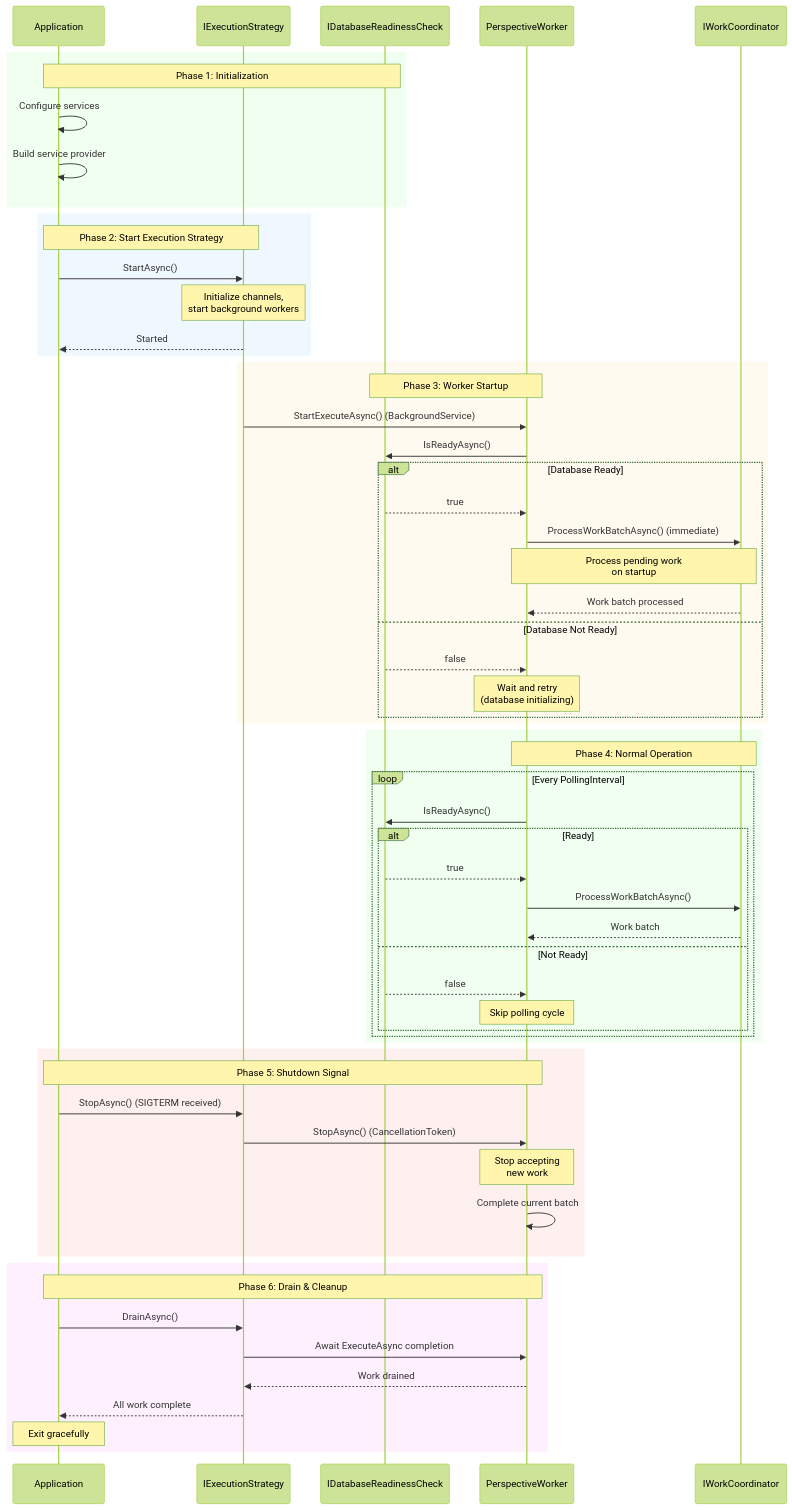
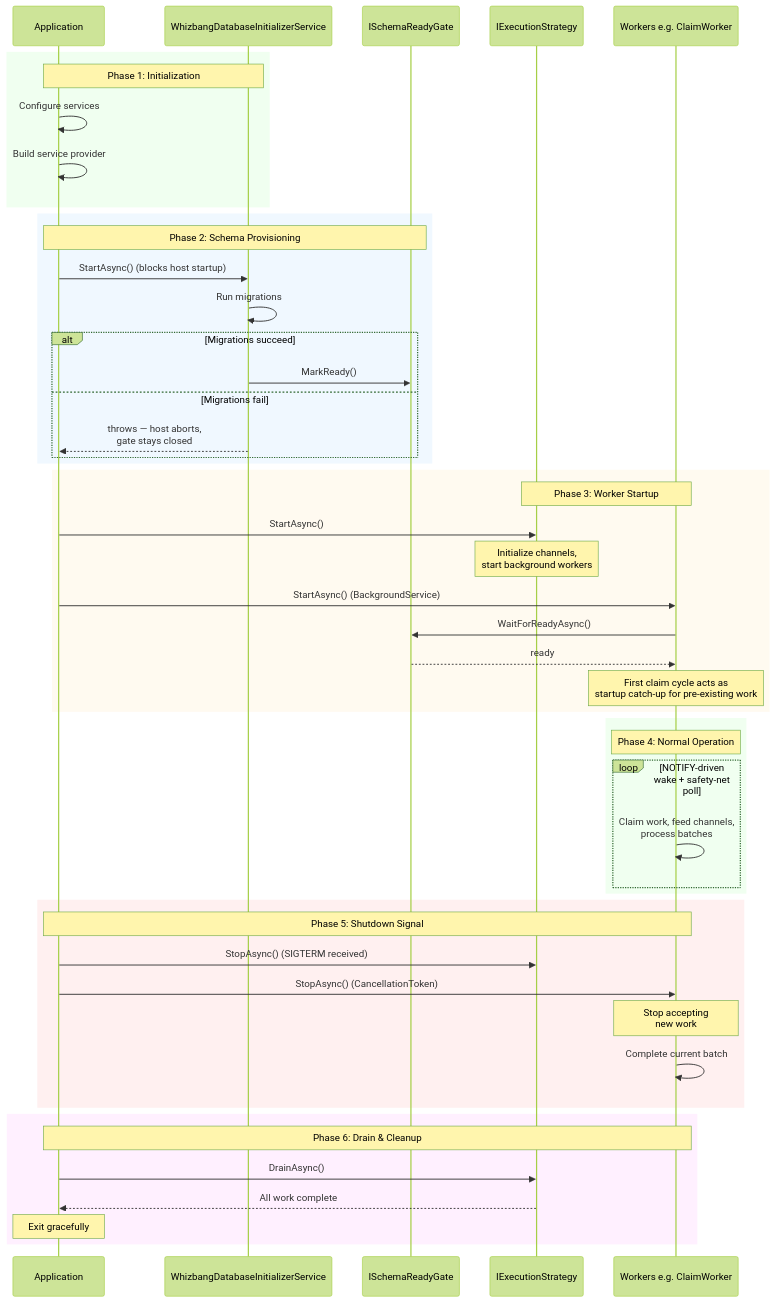
One commit to whizbang-lib/whizbang-lib.github.io changed the diagram in src/assets/docs/v1.0.0/operations/workers/execution-lifecycle.md. Above: the diagram before and after it, drawn with Mermaid (forest theme). The commit also changed other lines of this file and 38 other files, not shown here.

````diff
--- a/src/assets/docs/v1.0.0/operations/workers/execution-lifecycle.md
+++ b/src/assets/docs/v1.0.0/operations/workers/execution-lifecycle.md
@@ -94,69 +98,57 @@
 ```mermaid
 sequenceDiagram
     participant App as Application
+    participant Init as WhizbangDatabaseInitializerService
+    participant Gate as ISchemaReadyGate
     participant ES as IExecutionStrategy
-    participant DRC as IDatabaseReadinessCheck
-    participant PW as PerspectiveWorker
-    participant WC as IWorkCoordinator
+    participant W as Workers e.g. ClaimWorker
 
     rect rgb(240, 255, 240)
-        Note over App,DRC: Phase 1: Initialization
+        Note over App,Init: Phase 1: Initialization
         App->>App: Configure services
         App->>App: Build service provider
     end
 
     rect rgb(240, 248, 255)
-        Note over App,ES: Phase 2: Start Execution Strategy
-        App->>ES: StartAsync()
-        Note over ES: Initialize channels,<br/>start background workers
-        ES-->>App: Started
+        Note over App,Gate: Phase 2: Schema Provisioning
+        App->>Init: StartAsync() (blocks host startup)
+        Init->>Init: Run migrations
+        alt Migrations succeed
+            Init->>Gate: MarkReady()
+        else Migrations fail
+            Init-->>App: throws — host aborts,<br/>gate stays closed
+        end
     end
 
     rect rgb(255, 250, 240)
-        Note over PW,DRC: Phase 3: Worker Startup
-        ES->>PW: StartExecuteAsync() (BackgroundService)
-        PW->>DRC: IsReadyAsync()
-
-        alt Database Ready
-            DRC-->>PW: true
-            PW->>WC: ProcessWorkBatchAsync() (immediate)
-            Note over PW,WC: Process pending work<br/>on startup
-            WC-->>PW: Work batch processed
-        else Database Not Ready
-            DRC-->>PW: false
-            Note over PW: Wait and retry<br/>(database initializing)
-        end
+        Note over ES,W: Phase 3: Worker Startup
+        App->>ES: StartAsync()
+        Note over ES: Initialize channels,<br/>start background workers
+        App->>W: StartAsync() (BackgroundService)
+        W->>Gate: WaitForReadyAsync()
+        Gate-->>W: ready
+        Note over W: First claim cycle acts as<br/>startup catch-up for pre-existing work
     end
 
     rect rgb(240, 255, 240)
-        Note over PW,WC: Phase 4: Normal Operation
-        loop Every PollingInterval
-            PW->>DRC: IsReadyAsync()
-            alt Ready
-                DRC-->>PW: true
-                PW->>WC: ProcessWorkBatchAsync()
-                WC-->>PW: Work batch
-            else Not Ready
-                DRC-->>PW: false
-                Note over PW: Skip polling cycle
-            end
+        Note over W: Phase 4: Normal Operation
+        loop NOTIFY-driven wake + safety-net poll
+            W->>W: Claim work, feed channels,<br/>process batches
         end
     end
 
     rect rgb(255, 240, 240)
-        Note over App,PW: Phase 5: Shutdown Signal
+        Note over App,W: Phase 5: Shutdown Signal
         App->>ES: StopAsync() (SIGTERM received)
-        ES->>PW: StopAsync() (CancellationToken)
-        Note over PW: Stop accepting<br/>new work
-        PW->>PW: Complete current batch
+        App->>W: StopAsync() (CancellationToken)
+        Note over W: Stop accepting<br/>new work
+        W->>W: Complete current batch
     end
 
     rect rgb(255, 240, 255)
-        Note over App,PW: Phase 6: Drain & Cleanup
+        Note over App,W: Phase 6: Drain & Cleanup
         App->>ES: DrainAsync()
-        ES->>PW: Await ExecuteAsync completion
-        PW-->>ES: Work drained
         ES-->>App: All work complete
         Note over App: Exit gracefully
     end
 ```
````
